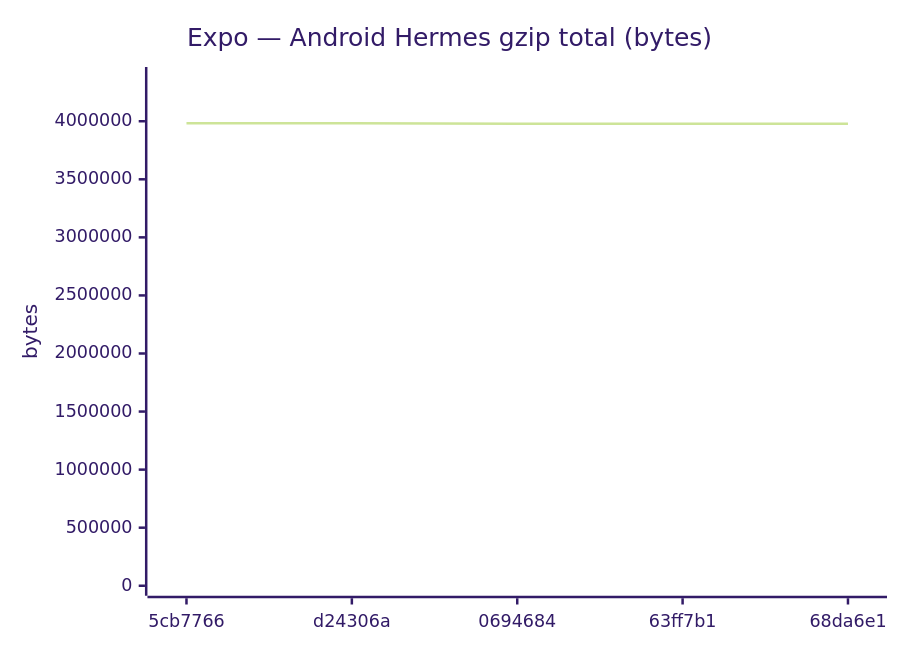
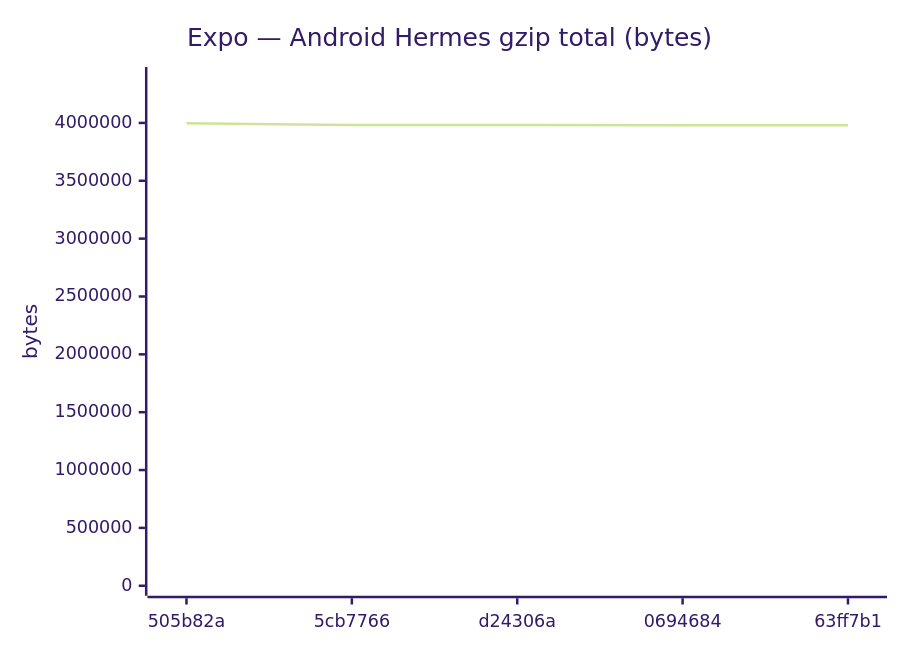
One commit to Metaheurist/Rianell changed diagram 11 of 18 in benchmarks/compare.md. Above: the diagram before and after it, drawn with Mermaid (forest theme). The commit also changed other lines of this file and 11 other files, not shown here.

````diff
--- a/benchmarks/compare.md
+++ b/benchmarks/compare.md
@@ -172,7 +172,7 @@
 ```mermaid
 xychart-beta
     title "Expo — Android Hermes gzip total (bytes)"
-    x-axis ["5cb7766", "d24306a", "0694684", "63ff7b1", "68da6e1"]
-    y-axis "bytes" 0 --> 4380854
-    line [3982594, 3982590, 3979178, 3979178, 3979178]
+    x-axis ["505b82a", "5cb7766", "d24306a", "0694684", "63ff7b1"]
+    y-axis "bytes" 0 --> 4396944
+    line [3997221, 3982594, 3982590, 3979178, 3979178]
 ```
````
